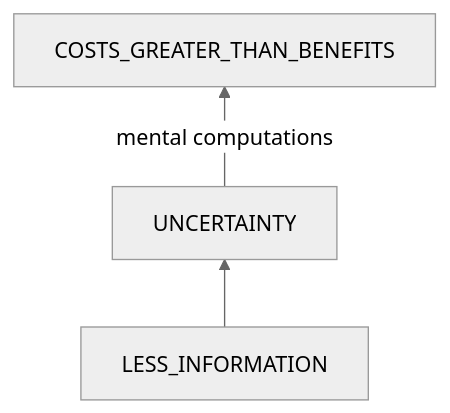
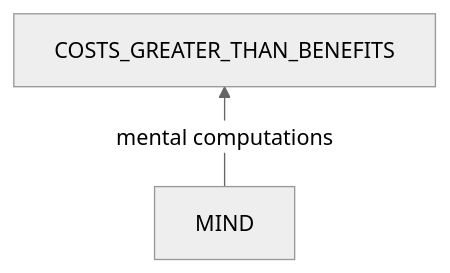
The seventh of 9 diagrams in health/psychology/motivation/reluctance.md (SuxinL/Notes), drawn with Mermaid (neutral theme) before and after one commit. The commit also changed other lines of this file, not shown here.

````diff
--- a/health/psychology/motivation/reluctance.md
+++ b/health/psychology/motivation/reluctance.md
@@ -188,5 +198,4 @@
 ```mermaid
 flowchart BT
-	UNCERTAINTY -->|mental computations| COSTS_GREATER_THAN_BENEFITS
-	LESS_INFORMATION --> UNCERTAINTY
+	MIND -->|mental computations| COSTS_GREATER_THAN_BENEFITS
 ```	
````
